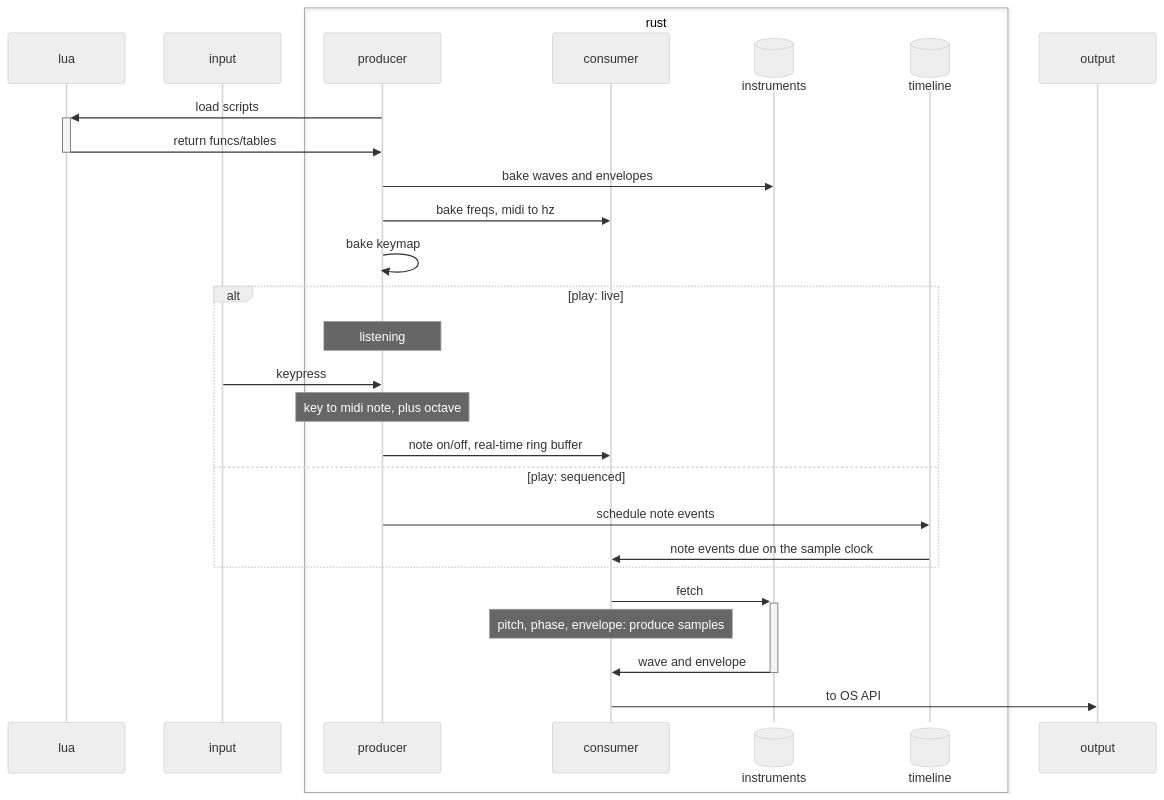
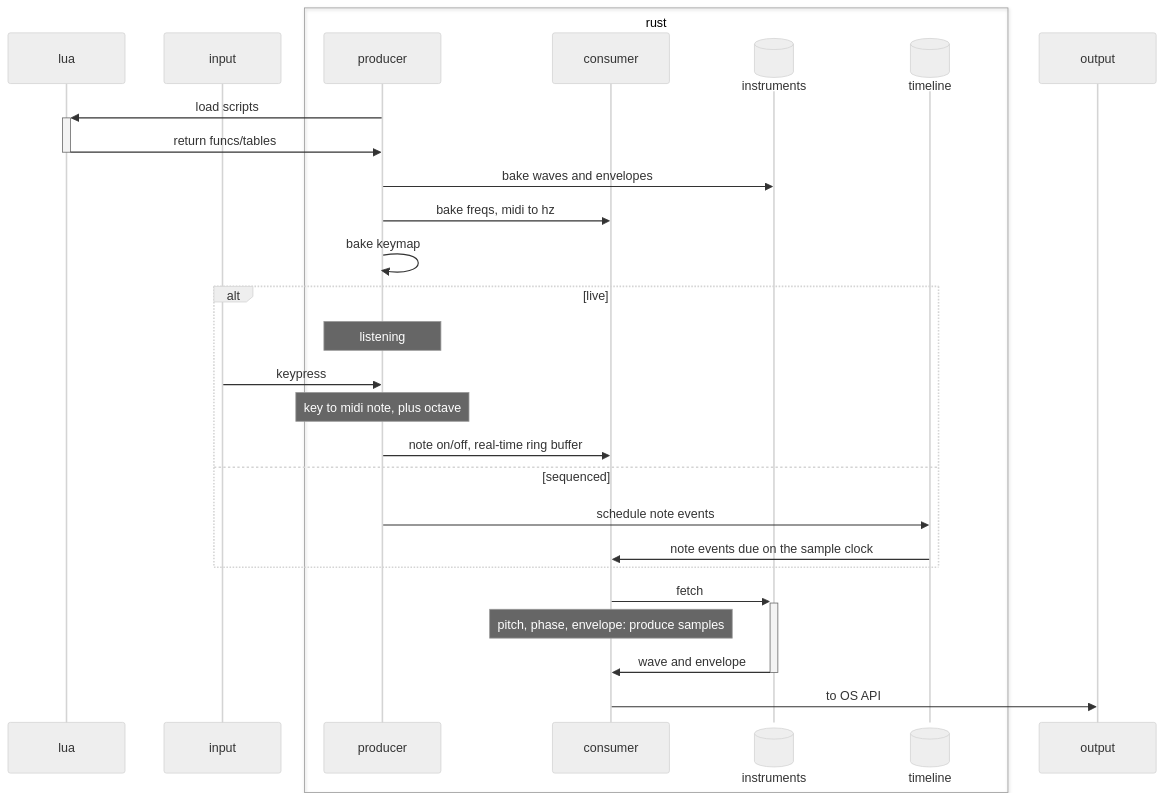
The diagram in README.md (turkosaurus/synth), drawn with Mermaid (neutral theme) before and after one commit.

Commit message:
diagram verbiage

````diff
--- a/README.md
+++ b/README.md
@@ -26,35 +26,35 @@
 ```mermaid
 sequenceDiagram
     participant lua
     participant input
     box rust
         participant producer
         participant consumer
         participant instruments@{ "type" : "database" }
         participant timeline@{ "type" : "database" }
     end
 
     participant output
 
     producer->>+lua: load scripts
     lua->>-producer: return funcs/tables
 
     producer->>instruments: bake waves and envelopes
     producer->>consumer: bake freqs, midi to hz
     producer->>producer: bake keymap
 
-    alt play: live
+    alt live
         note over producer: listening
         input->>producer: keypress
         note over producer: key to midi note, plus octave
         producer->>consumer: note on/off, real-time ring buffer
-    else play: sequenced
+    else sequenced
         producer->>timeline: schedule note events
         timeline->>consumer: note events due on the sample clock
     end
 
     consumer->>+instruments: fetch
     note over consumer: pitch, phase, envelope: produce samples
     instruments->>-consumer: wave and envelope
     consumer->>output: to OS API
 ```
````
